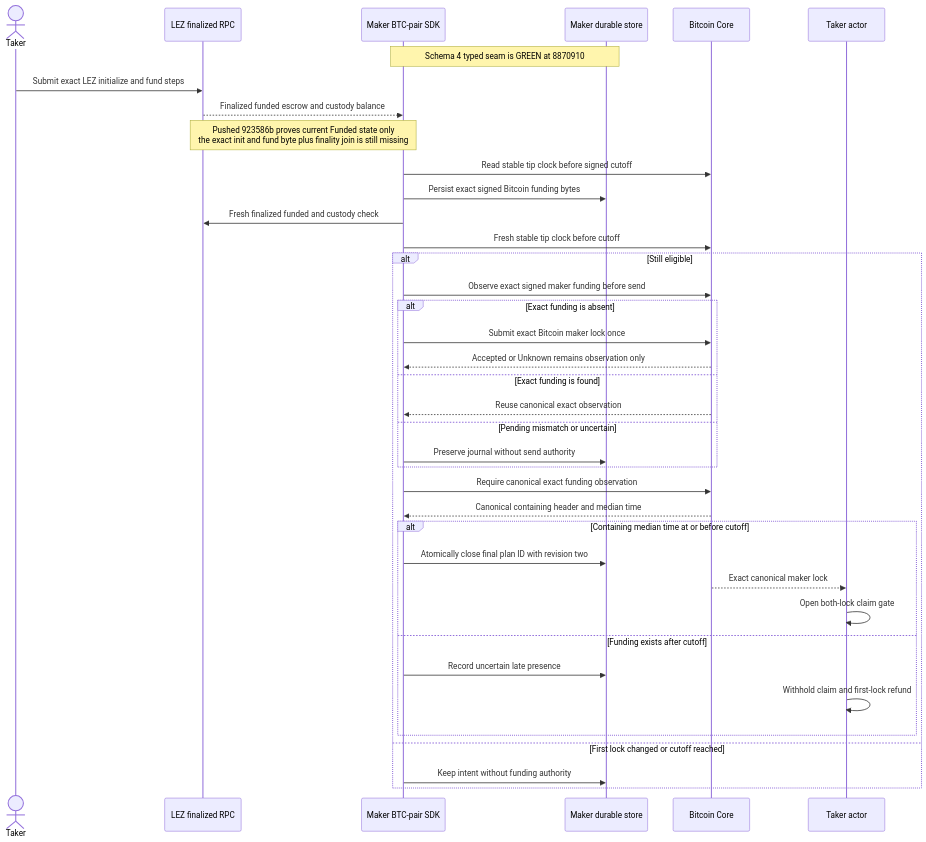
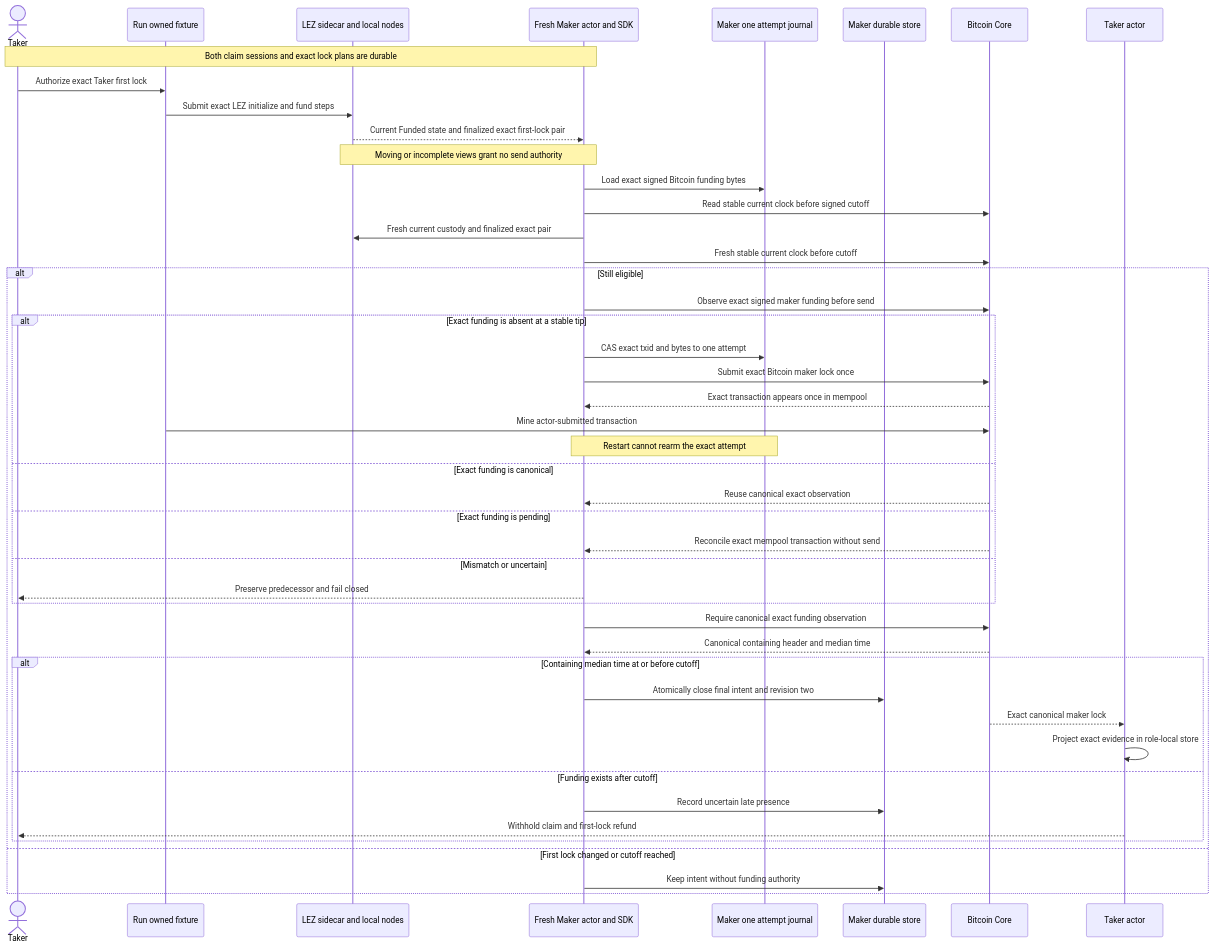
One commit to gateway-fm/lez-atomic-swaps changed the third of 3 diagrams in docs/architecture/0039-admit-first-lock-recovery-only-after-cross-chain-cutoff.md. Above: the diagram before and after it, drawn with Mermaid. The commit also changed other lines of this file and 5 other files, not shown here.

Commit message:
docs: reconcile M3 schema4 architecture decisions

````diff
--- a/docs/architecture/0039-admit-first-lock-recovery-only-after-cross-chain-cutoff.md
+++ b/docs/architecture/0039-admit-first-lock-recovery-only-after-cross-chain-cutoff.md
@@ -165,41 +176,49 @@
 ```mermaid
 sequenceDiagram
     actor Taker
-    participant Lez as LEZ finalized RPC
-    participant MakerSDK as Maker BTC-pair SDK
+    participant Runner as Run owned fixture
+    participant Lez as LEZ sidecar and local nodes
+    participant MakerSDK as Fresh Maker actor and SDK
+    participant Journal as Maker one attempt journal
     participant Store as Maker durable store
     participant Bitcoin as Bitcoin Core
     participant TakerActor as Taker actor
 
-    Note over MakerSDK,Store: Schema 4 typed seam is GREEN at 8870910
-    Taker->>Lez: Submit exact LEZ initialize and fund steps
-    Lez-->>MakerSDK: Finalized funded escrow and custody balance
-    Note over MakerSDK,Lez: Pushed 923586b proves current Funded state only<br/>the exact init and fund byte plus finality join is still missing
-    MakerSDK->>Bitcoin: Read stable tip clock before signed cutoff
-    MakerSDK->>Store: Persist exact signed Bitcoin funding bytes
-    MakerSDK->>Lez: Fresh finalized funded and custody check
-    MakerSDK->>Bitcoin: Fresh stable tip clock before cutoff
+    Note over Taker,MakerSDK: Both claim sessions and exact lock plans are durable
+    Taker->>Runner: Authorize exact Taker first lock
+    Runner->>Lez: Submit exact LEZ initialize and fund steps
+    Lez-->>MakerSDK: Current Funded state and finalized exact first-lock pair
+    Note over MakerSDK,Lez: Moving or incomplete views grant no send authority
+    MakerSDK->>Journal: Load exact signed Bitcoin funding bytes
+    MakerSDK->>Bitcoin: Read stable current clock before signed cutoff
+    MakerSDK->>Lez: Fresh current custody and finalized exact pair
+    MakerSDK->>Bitcoin: Fresh stable current clock before cutoff
     alt Still eligible
         MakerSDK->>Bitcoin: Observe exact signed maker funding before send
-        alt Exact funding is absent
+        alt Exact funding is absent at a stable tip
+            MakerSDK->>Journal: CAS exact txid and bytes to one attempt
             MakerSDK->>Bitcoin: Submit exact Bitcoin maker lock once
-            Bitcoin-->>MakerSDK: Accepted or Unknown remains observation only
-        else Exact funding is found
+            Bitcoin-->>MakerSDK: Exact transaction appears once in mempool
+            Runner->>Bitcoin: Mine actor-submitted transaction
+            Note over MakerSDK,Journal: Restart cannot rearm the exact attempt
+        else Exact funding is canonical
             Bitcoin-->>MakerSDK: Reuse canonical exact observation
-        else Pending mismatch or uncertain
-            MakerSDK->>Store: Preserve journal without send authority
+        else Exact funding is pending
+            Bitcoin-->>MakerSDK: Reconcile exact mempool transaction without send
+        else Mismatch or uncertain
+            MakerSDK-->>Taker: Preserve predecessor and fail closed
         end
         MakerSDK->>Bitcoin: Require canonical exact funding observation
         Bitcoin-->>MakerSDK: Canonical containing header and median time
         alt Containing median time at or before cutoff
-            MakerSDK->>Store: Atomically close final plan ID with revision two
+            MakerSDK->>Store: Atomically close final intent and revision two
             Bitcoin-->>TakerActor: Exact canonical maker lock
-            TakerActor->>TakerActor: Open both-lock claim gate
+            TakerActor->>TakerActor: Project exact evidence in role-local store
         else Funding exists after cutoff
             MakerSDK->>Store: Record uncertain late presence
-            TakerActor->>TakerActor: Withhold claim and first-lock refund
+            TakerActor-->>Taker: Withhold claim and first-lock refund
         end
     else First lock changed or cutoff reached
         MakerSDK->>Store: Keep intent without funding authority
     end
 ```
````
